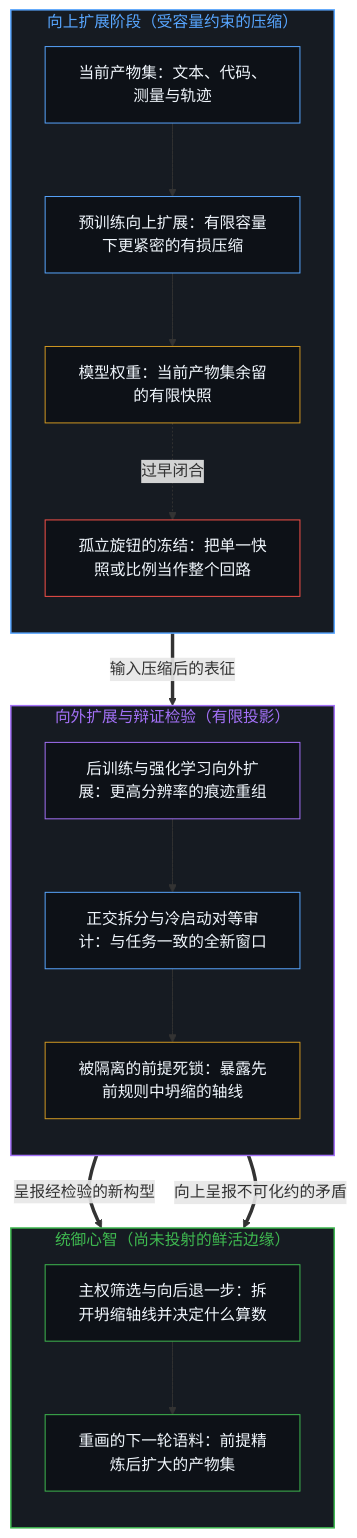
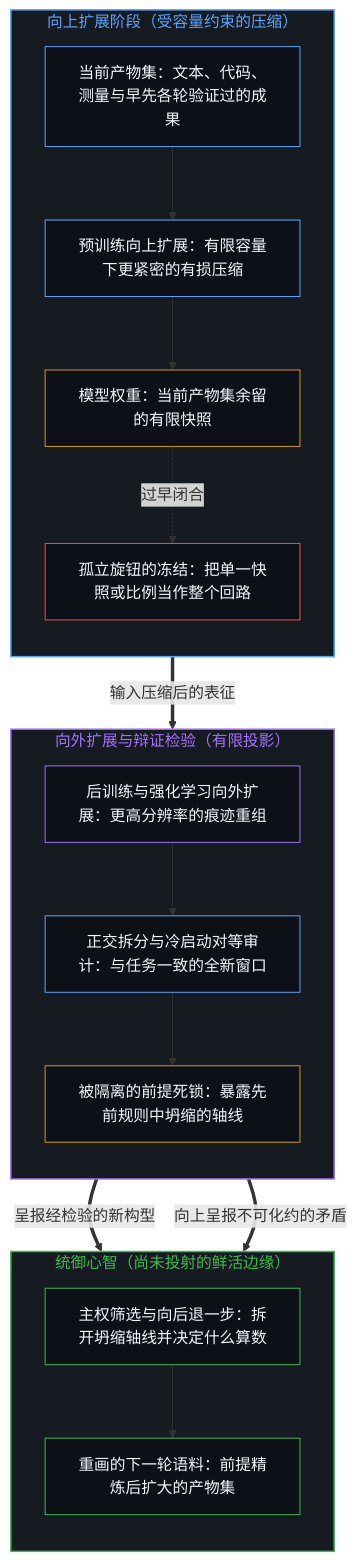
Before and after one commit to powerpig99/not-a-toe: the first of 2 diagrams in content/posts/the-scaling-loop.md, drawn with Mermaid. The commit also changed other lines of this file and 13 other files, not shown here.

````diff
--- a/content/posts/the-scaling-loop.md
+++ b/content/posts/the-scaling-loop.md
@@ -51,40 +51,40 @@
 ```mermaid
 flowchart TD
     subgraph S_Up["向上扩展阶段（受容量约束的压缩）"]
         direction TB
-        A["当前产物集：文本、代码、测量与轨迹"]
+        A["当前产物集：文本、代码、测量与早先各轮验证过的成果"]
         U["预训练向上扩展：有限容量下更紧密的有损压缩"]
         W["模型权重：当前产物集余留的有限快照"]
         F["孤立旋钮的冻结：把单一快照或比例当作整个回路"]
         A --> U --> W
         W -.->|"过早闭合"| F
     end
     subgraph S_Out["向外扩展与辩证检验（有限投影）"]
         direction TB
         O["后训练与强化学习向外扩展：更高分辨率的痕迹重组"]
         M["正交拆分与冷启动对等审计：与任务一致的全新窗口"]
         D["被隔离的前提死锁：暴露先前规则中坍缩的轴线"]
         O --> M --> D
     end
     subgraph S_Mind["统御心智（尚未投射的鲜活边缘）"]
         direction TB
         J["主权筛选与向后退一步：拆开坍缩轴线并决定什么算数"]
         R["重画的下一轮语料：前提精炼后扩大的产物集"]
         J --> R
     end
     W ==>|"输入压缩后的表征"| O
     M ==>|"呈报经检验的新构型"| J
     D ==>|"向上呈报不可化约的矛盾"| J
     style S_Up fill:#161b22,stroke:#58a6ff,stroke-width:1.5px,color:#58a6ff
     style S_Out fill:#161b22,stroke:#a371f7,stroke-width:1.5px,color:#a371f7
     style S_Mind fill:#161b22,stroke:#3fb950,stroke-width:1.5px,color:#3fb950
     style A fill:#0d1117,stroke:#58a6ff,stroke-width:1px,color:#f0f6fc
     style U fill:#0d1117,stroke:#58a6ff,stroke-width:1px,color:#f0f6fc
     style W fill:#0d1117,stroke:#d29922,stroke-width:1px,color:#f0f6fc
     style F fill:#0d1117,stroke:#f85149,stroke-width:1px,color:#f0f6fc
     style O fill:#0d1117,stroke:#a371f7,stroke-width:1px,color:#f0f6fc
     style M fill:#0d1117,stroke:#58a6ff,stroke-width:1px,color:#f0f6fc
     style D fill:#0d1117,stroke:#d29922,stroke-width:1px,color:#f0f6fc
     style J fill:#0d1117,stroke:#3fb950,stroke-width:1px,color:#f0f6fc
     style R fill:#0d1117,stroke:#3fb950,stroke-width:1px,color:#f0f6fc
 ```
````
